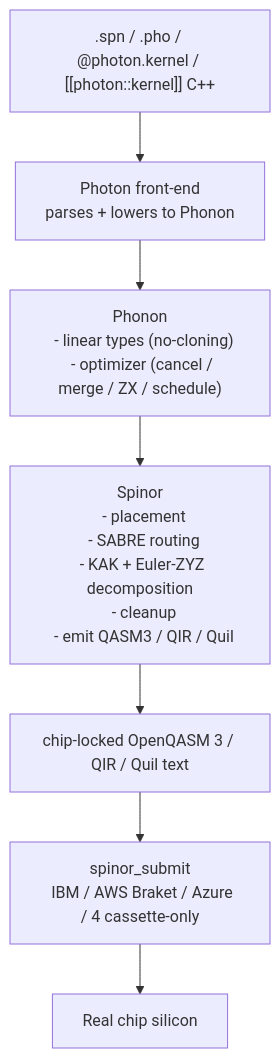
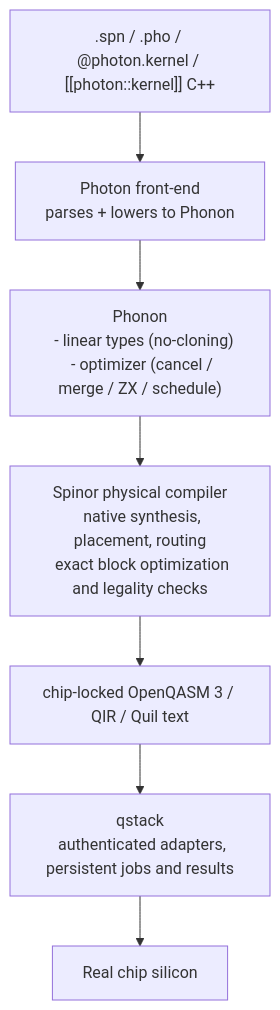
Before and after one commit to nimesh08/quantum-stack: the diagram in README.md, drawn with Mermaid. The commit also changed other lines of this file and 200 other files, not shown here.

````diff
--- a/README.md
+++ b/README.md
@@ -89,10 +97,10 @@
 ```mermaid
 flowchart TB
   inputs[".spn / .pho / @photon.kernel / [[photon::kernel]] C++"]
   inputs --> photon["Photon front-end\n  parses + lowers to Phonon"]
   photon --> phonon["Phonon\n  - linear types (no-cloning)\n  - optimizer (cancel / merge / ZX / schedule)"]
-  phonon --> spinor["Spinor\n  - placement\n  - SABRE routing\n  - KAK + Euler-ZYZ decomposition\n  - cleanup\n  - emit QASM3 / QIR / Quil"]
+  phonon --> spinor["Spinor physical compiler\n  native synthesis, placement, routing\n  exact block optimization and legality checks"]
   spinor --> qasm["chip-locked OpenQASM 3 / QIR / Quil text"]
-  qasm --> submit["spinor_submit\n  IBM / AWS Braket / Azure / 4 cassette-only"]
+  qasm --> submit["qstack\n  authenticated adapters, persistent jobs and results"]
   submit --> hardware["Real chip silicon"]
 ```
````
